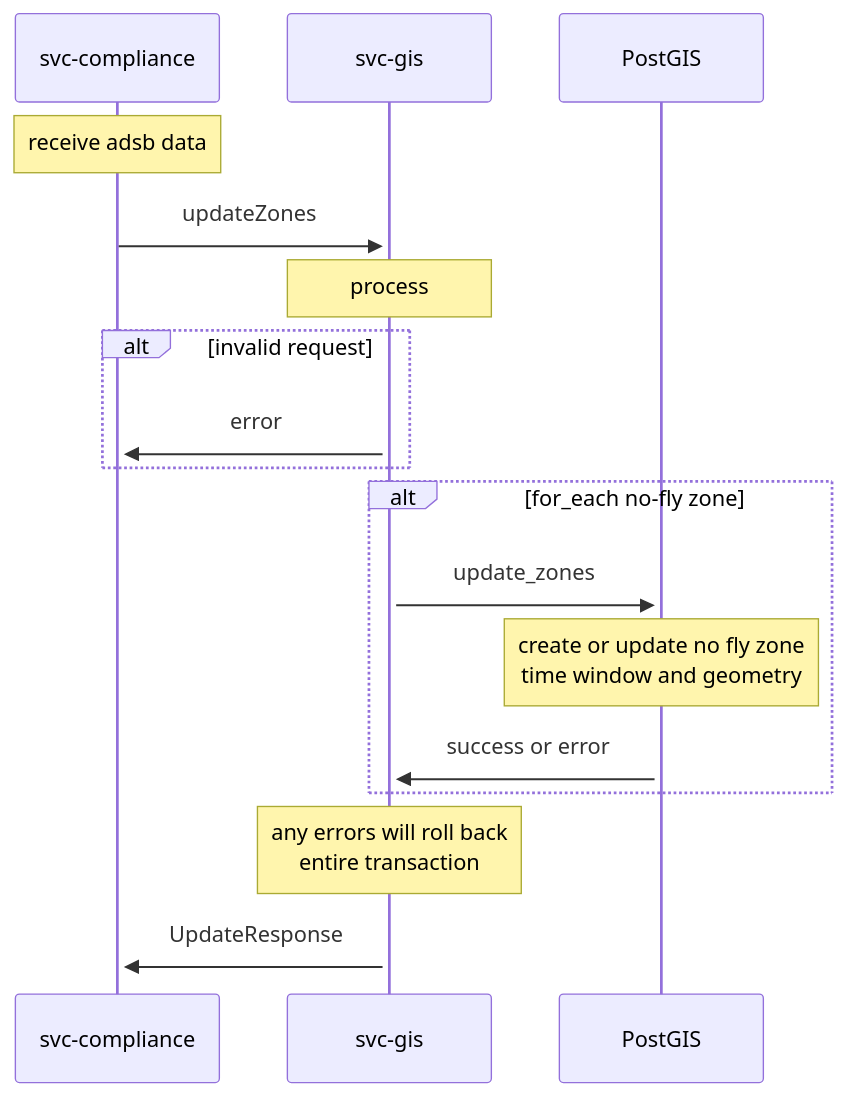
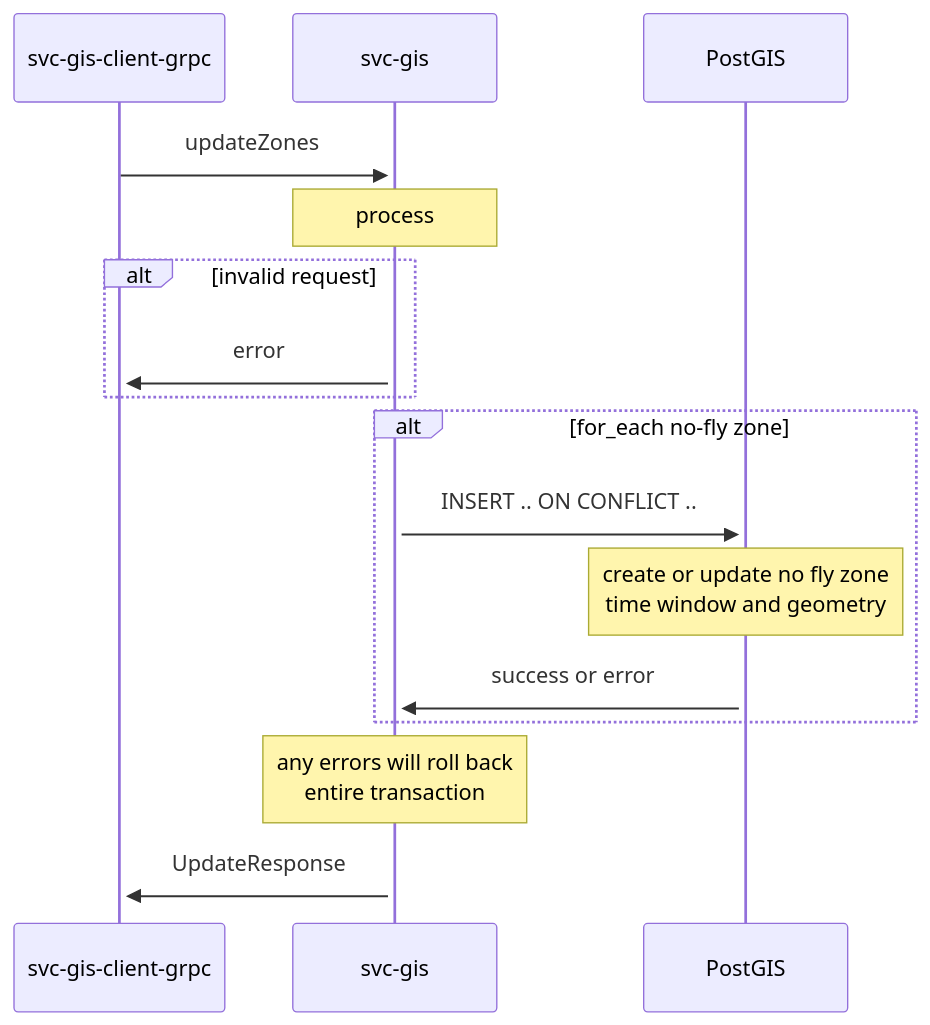
One commit to aetheric-oss/svc-gis changed the third of 6 diagrams in docs/sdd.md. Above: the diagram before and after it, drawn with Mermaid. The commit also changed other lines of this file and 20 other files, not shown here.

````diff
--- a/docs/sdd.md
+++ b/docs/sdd.md
@@ -112,24 +126,23 @@
 ```mermaid
 sequenceDiagram
-    participant client as svc-compliance
+    participant client as svc-gis-client-grpc
     participant gis as svc-gis
     participant postgis as PostGIS
 
-    note over client: receive adsb data
     client->>+gis: updateZones
     note over gis: process
     alt invalid request
     gis->>+client: error
     end
     
     alt for_each no-fly zone
-    gis->>+postgis: update_zones
+    gis->>+postgis: INSERT .. ON CONFLICT ..
     note over postgis: create or update no fly zone<br>time window and geometry
     
     postgis->>+gis: success or error
     end
 
     note over gis: any errors will roll back<br>entire transaction
 
     gis->>client: UpdateResponse
 ```
````
